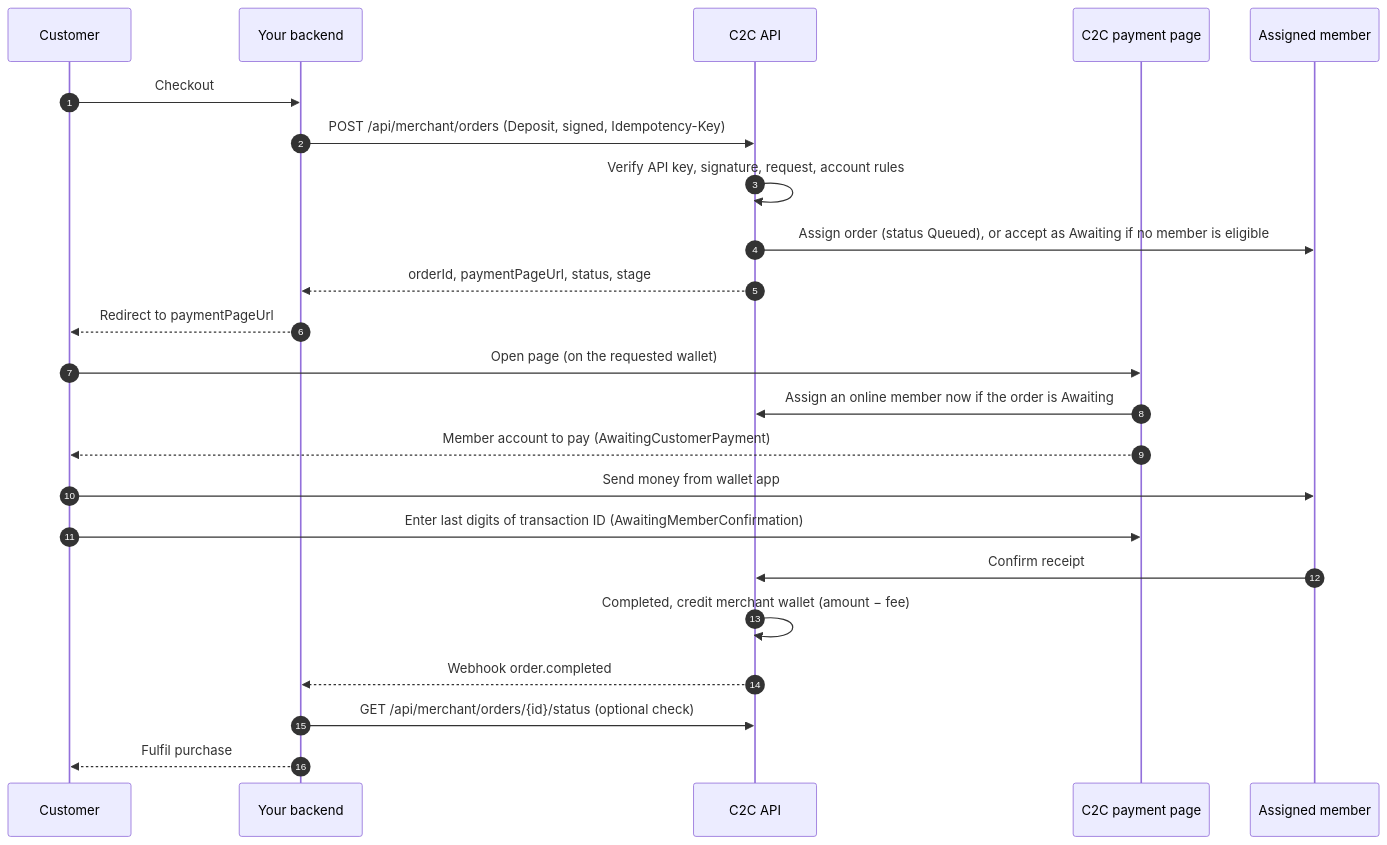
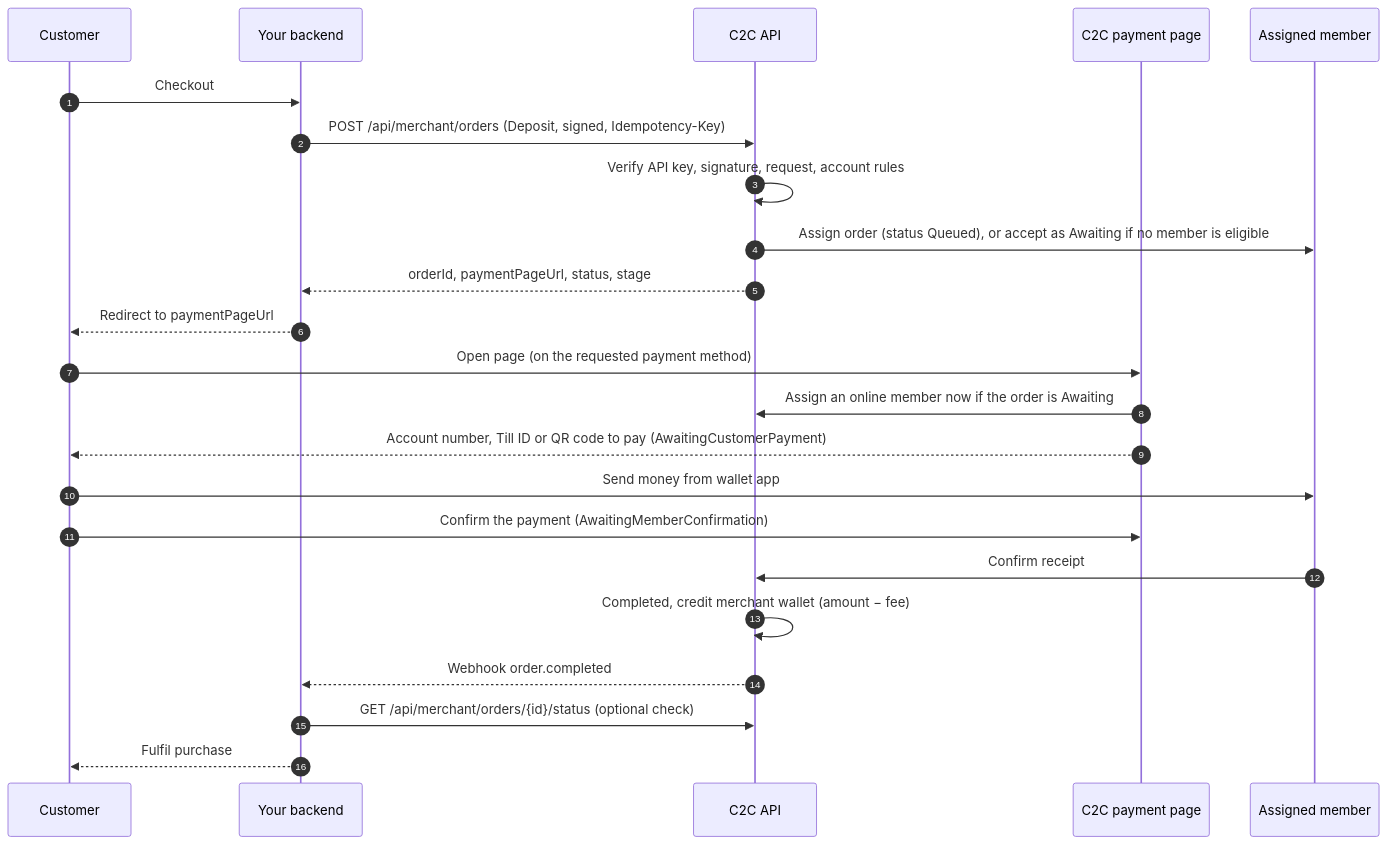
Before and after one commit to harisnaseer191/c2c-mintlify-docs: the first of 2 diagrams in guides/deposit-flow.mdx, drawn with Mermaid. The commit also changed other lines of this file and 18 other files, not shown here.

````diff
--- a/guides/deposit-flow.mdx
+++ b/guides/deposit-flow.mdx
@@ -12,26 +14,26 @@
 ```mermaid
 sequenceDiagram
     autonumber
     participant Customer
     participant Merchant as Your backend
     participant C2C as C2C API
     participant Page as C2C payment page
     participant Member as Assigned member
 
     Customer->>Merchant: Checkout
     Merchant->>C2C: POST /api/merchant/orders (Deposit, signed, Idempotency-Key)
     C2C->>C2C: Verify API key, signature, request, account rules
     C2C->>Member: Assign order (status Queued), or accept as Awaiting if no member is eligible
     C2C-->>Merchant: orderId, paymentPageUrl, status, stage
     Merchant-->>Customer: Redirect to paymentPageUrl
-    Customer->>Page: Open page (on the requested wallet)
+    Customer->>Page: Open page (on the requested payment method)
     Page->>C2C: Assign an online member now if the order is Awaiting
-    Page-->>Customer: Member account to pay (AwaitingCustomerPayment)
+    Page-->>Customer: Account number, Till ID or QR code to pay (AwaitingCustomerPayment)
     Customer->>Member: Send money from wallet app
-    Customer->>Page: Enter last digits of transaction ID (AwaitingMemberConfirmation)
+    Customer->>Page: Confirm the payment (AwaitingMemberConfirmation)
     Member->>C2C: Confirm receipt
     C2C->>C2C: Completed, credit merchant wallet (amount − fee)
     C2C-->>Merchant: Webhook order.completed
     Merchant->>C2C: GET /api/merchant/orders/{id}/status (optional check)
     Merchant-->>Customer: Fulfil purchase
 ```
````
